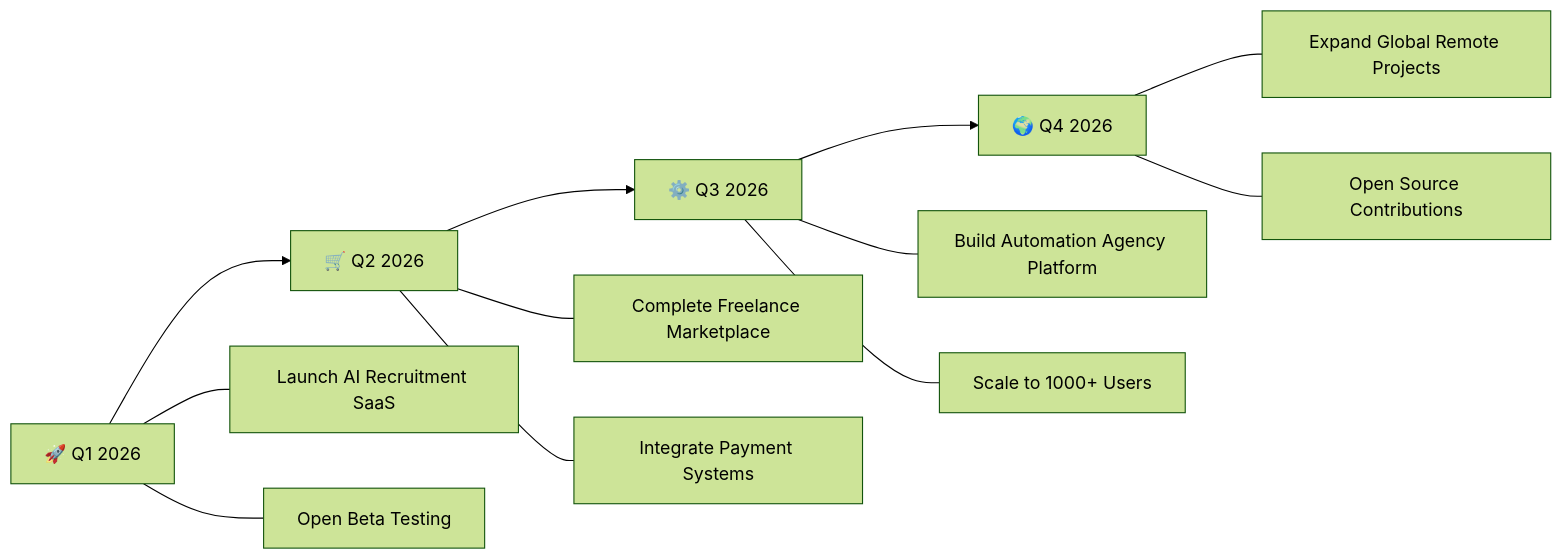
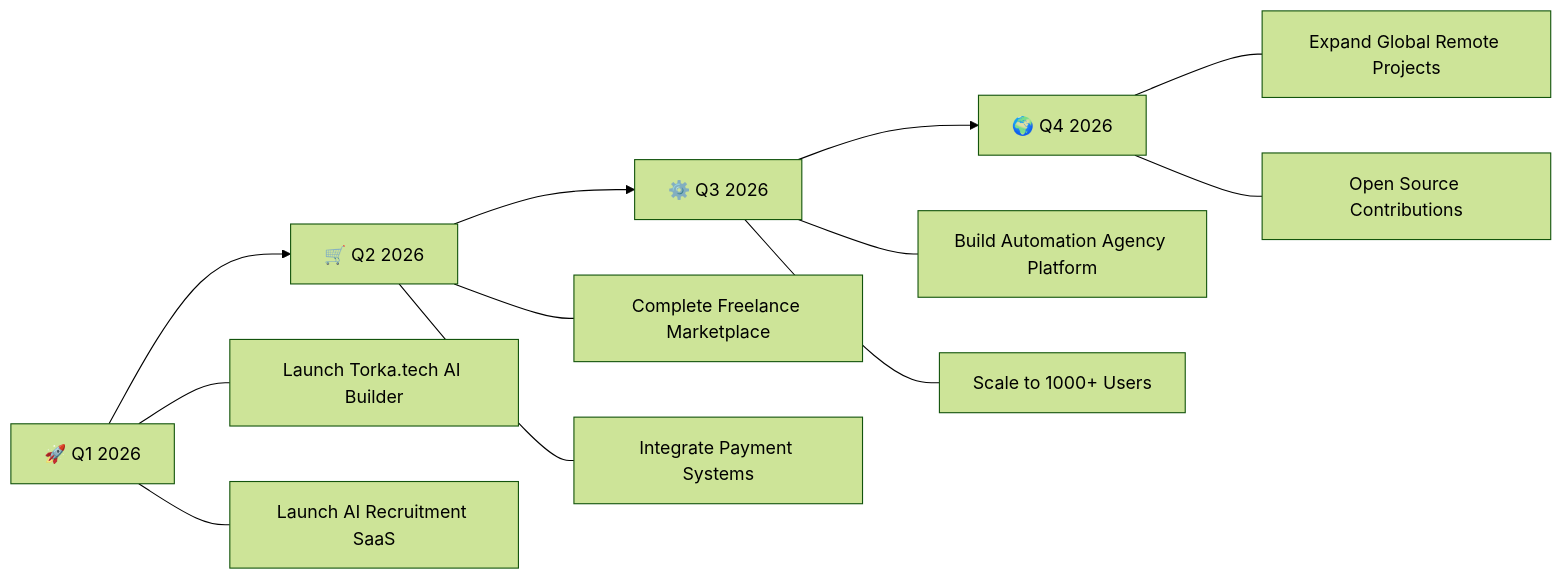
One commit to muhammadsalauddin/muhammadsalauddin changed the diagram in README.md. Above: the diagram before and after it, drawn with Mermaid (forest theme). The commit also changed other lines of this file, not shown here.

First line of the commit message:
Revise README for Torka Tech branding and projects

````diff
--- a/README.md
+++ b/README.md
@@ -241,15 +214,15 @@
 ```mermaid
 graph LR
     A[🚀 Q1 2026] --> B[🛒 Q2 2026]
     B --> C[⚙️ Q3 2026]
     C --> D[🌍 Q4 2026]
     
-    A --- A1[Launch AI Recruitment SaaS]
-    A --- A2[Open Beta Testing]
+    A --- A1[Launch Torka.tech AI Builder]
+    A --- A2[Launch AI Recruitment SaaS]
     B --- B1[Complete Freelance Marketplace]
     B --- B2[Integrate Payment Systems]
     C --- C1[Build Automation Agency Platform]
     C --- C2[Scale to 1000+ Users]
     D --- D1[Expand Global Remote Projects]
     D --- D2[Open Source Contributions]
 ```
````
